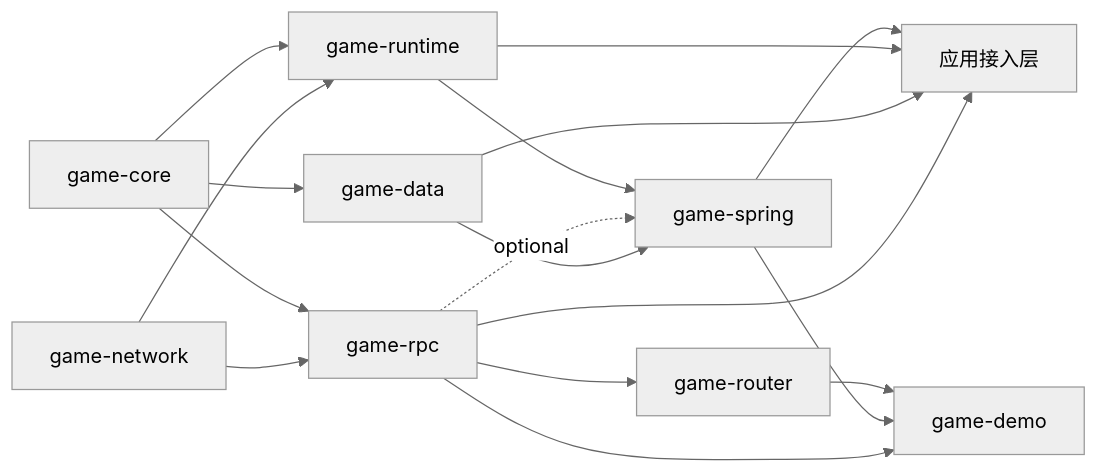
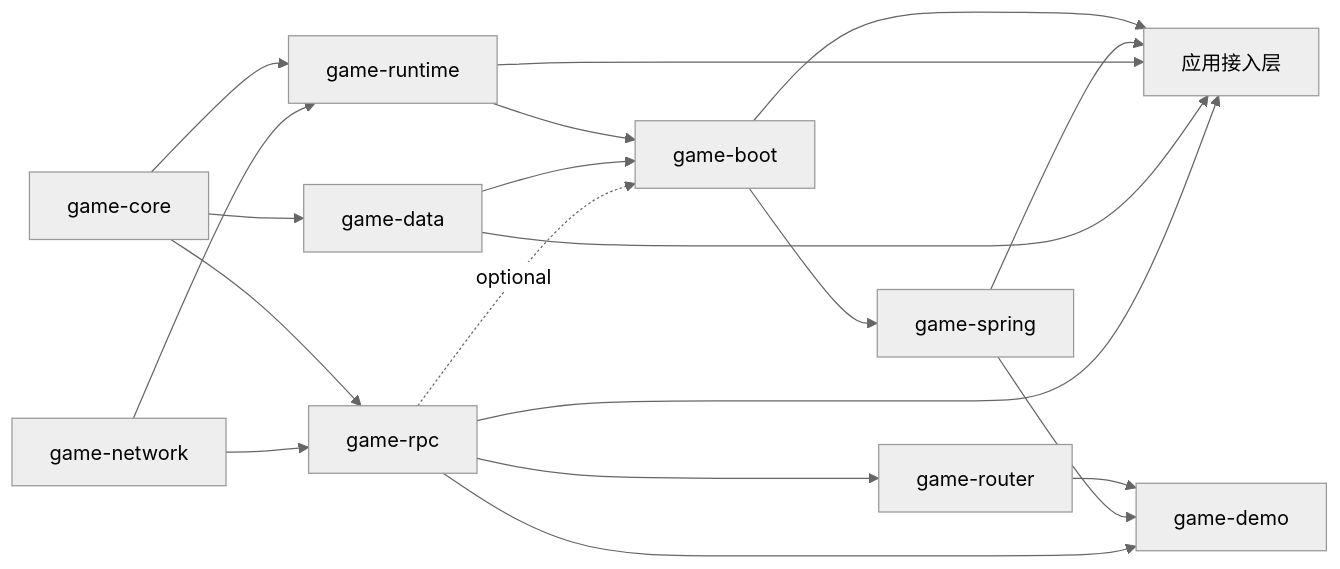
Before and after one commit to huaye2007/mana: the diagram in docs/ogbs/README.zh-CN.md, drawn with Mermaid (neutral theme). The commit also changed other lines of this file and 57 other files, not shown here.

````diff
--- a/docs/ogbs/README.zh-CN.md
+++ b/docs/ogbs/README.zh-CN.md
@@ -82,19 +83,21 @@
 ```mermaid
 flowchart LR
     C[game-core] --> RT[game-runtime]
     C --> D[game-data]
     C --> R[game-rpc]
     N[game-network] --> R
     R --> GR[game-router]
     GR --> E
     N --> RT
-    RT --> S[game-spring]
-    R -. optional .-> S
-    D --> S
+    RT --> B[game-boot]
+    D --> B
+    R -. optional .-> B
+    B --> S[game-spring]
+    B --> A
     S --> A
     S --> E[game-demo]
     R --> E
     RT --> A[应用接入层]
     D --> A
     R --> A
 ```
````
